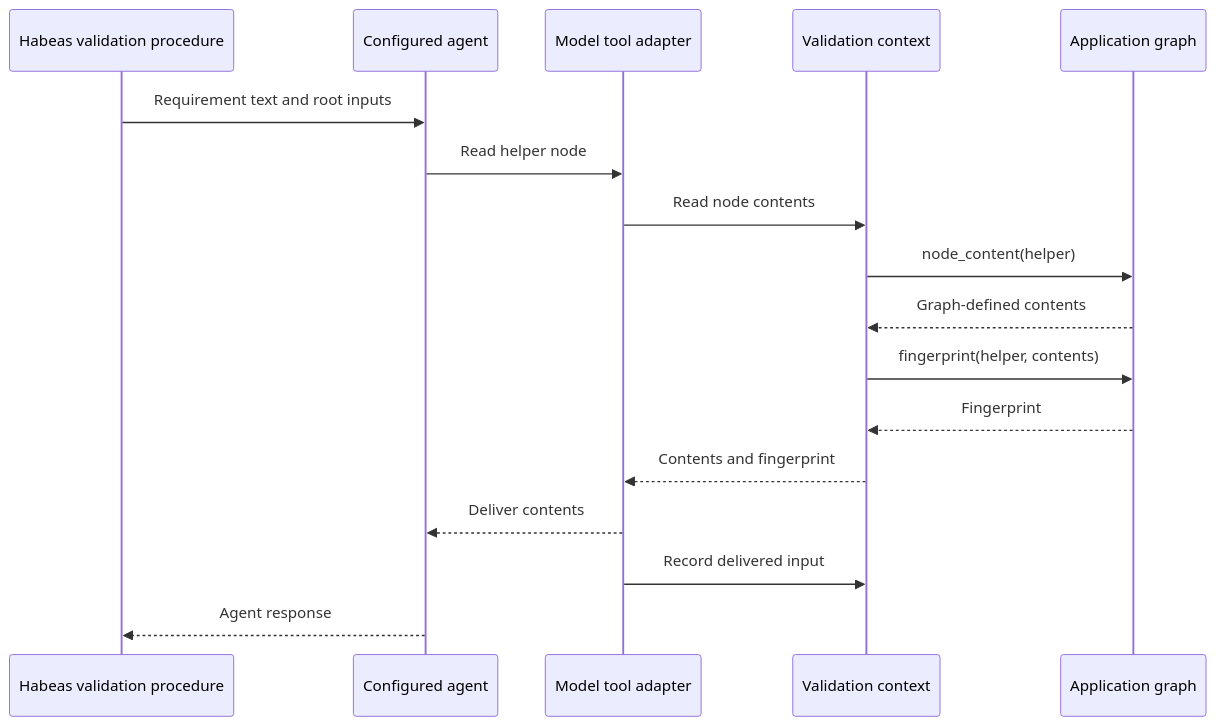
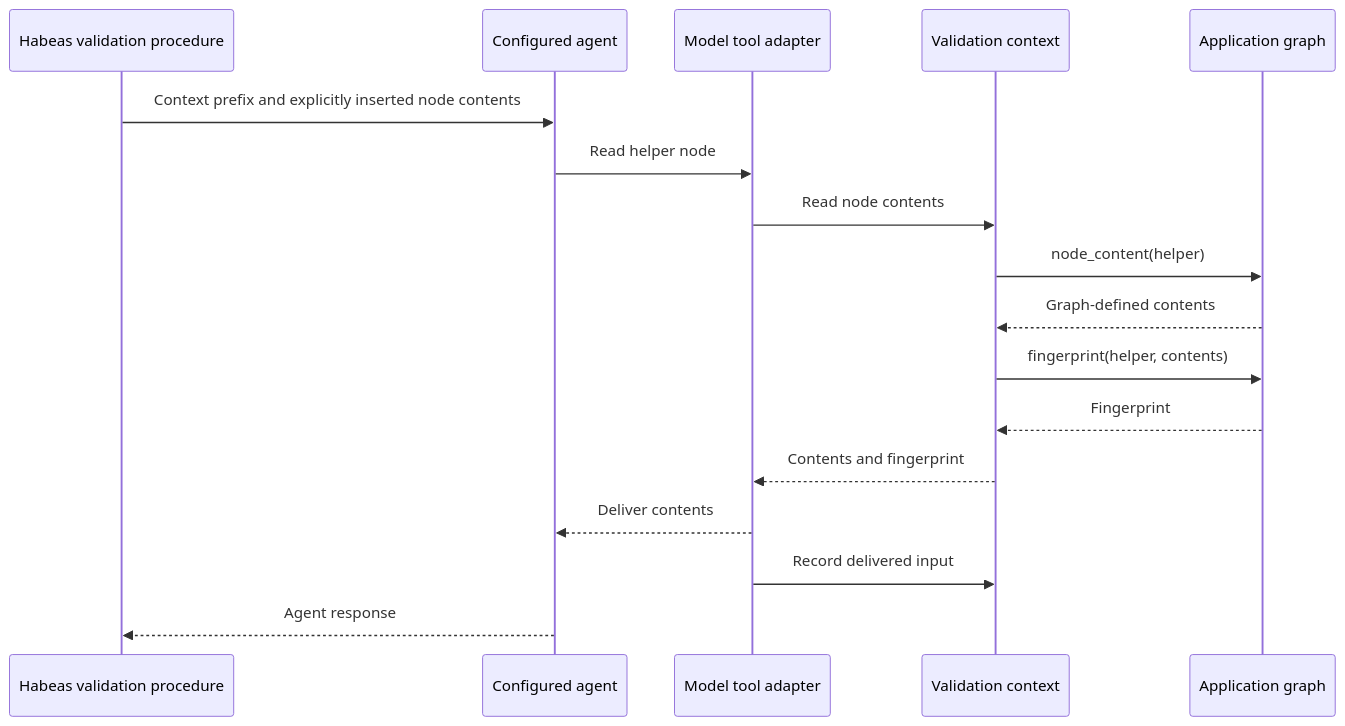
The diagram in md/requirements/sdk/graph/context-tools.md (nikomatsakis/habeas-codicem), drawn with Mermaid before and after one commit. The commit also changed other lines of this file and 11 other files, not shown here.

````diff
--- a/md/requirements/sdk/graph/context-tools.md
+++ b/md/requirements/sdk/graph/context-tools.md
@@ -25,19 +25,19 @@
 ```mermaid
 sequenceDiagram
     participant P as Habeas validation procedure
     participant A as Configured agent
     participant T as Model tool adapter
     participant C as Validation context
     participant G as Application graph
-    P->>A: Requirement text and root inputs
+    P->>A: Context prefix and explicitly inserted node contents
     A->>T: Read helper node
     T->>C: Read node contents
     C->>G: node_content(helper)
     G-->>C: Graph-defined contents
     C->>G: fingerprint(helper, contents)
     G-->>C: Fingerprint
     C-->>T: Contents and fingerprint
     T-->>A: Deliver contents
     T->>C: Record delivered input
     A-->>P: Agent response
 ```
````
